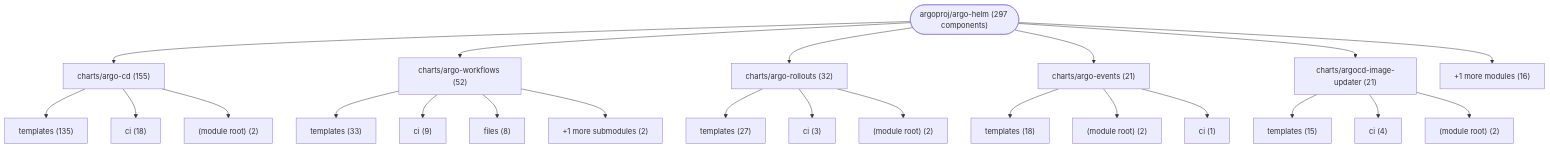
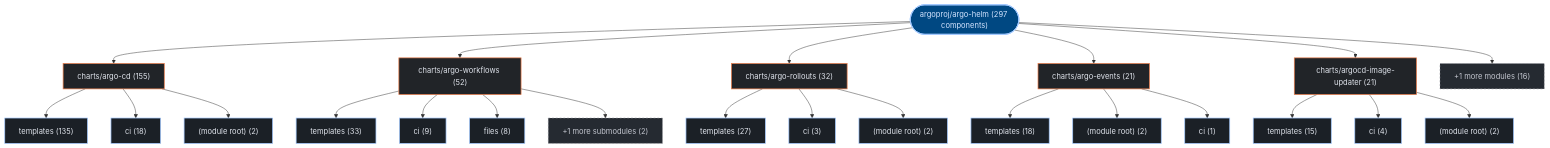
One commit to kumarshaz/atruss-code-atlas changed the first of 3 diagrams in exports/latest/reports/argoproj-argo-helm-report.md. Above: the diagram before and after it, drawn with Mermaid. The commit also changed other lines of this file and 331 other files, not shown here.

Commit message:
docs,ui,fix: update SDLC docs, reorder CI/CD DAG first, stylize Mermaid, and fix Arc42 pipeline topology

````diff
--- a/exports/latest/reports/argoproj-argo-helm-report.md
+++ b/exports/latest/reports/argoproj-argo-helm-report.md
@@ -41,48 +41,55 @@
 ```mermaid
 graph TD;
-    repo_root(["argoproj/argo-helm (297 components)"])
-    dir_0_charts_argo_cd["charts/argo-cd (155)"]
+  classDef atlasRoot fill:#004882,stroke:#a3c9ff,stroke-width:2px,color:#d3e4ff
+  classDef atlasCategory fill:#212428,stroke:#E87A48,stroke-width:1.5px,color:#dfe3eb
+  classDef atlasWorkflow fill:#1b2026,stroke:#a3c9ff,stroke-width:1.5px,color:#dfe3eb
+  classDef atlasJob fill:#171c22,stroke:#8d9199,stroke-width:1px,color:#dfe3eb
+  classDef atlasTarget fill:#005227,stroke:#8bd99b,stroke-width:1.5px,color:#a7f6b6
+  classDef atlasAlert fill:#93000a,stroke:#ffb4ab,stroke-width:1.5px,color:#ffdad6
+  classDef atlasMore fill:#252a31,stroke:#8d9199,stroke-dasharray:4 4,color:#c3c6cf
+    repo_root(["argoproj/argo-helm (297 components)"]):::atlasRoot
+    dir_0_charts_argo_cd["charts/argo-cd (155)"]:::atlasCategory
     repo_root --> dir_0_charts_argo_cd
-    sub_0_0_templates["templates (135)"]
+    sub_0_0_templates["templates (135)"]:::atlasWorkflow
     dir_0_charts_argo_cd --> sub_0_0_templates
-    sub_0_1_ci["ci (18)"]
+    sub_0_1_ci["ci (18)"]:::atlasWorkflow
     dir_0_charts_argo_cd --> sub_0_1_ci
-    sub_0_2__module_root_["(module root) (2)"]
+    sub_0_2__module_root_["(module root) (2)"]:::atlasWorkflow
     dir_0_charts_argo_cd --> sub_0_2__module_root_
-    dir_1_charts_argo_workflows["charts/argo-workflows (52)"]
+    dir_1_charts_argo_workflows["charts/argo-workflows (52)"]:::atlasCategory
     repo_root --> dir_1_charts_argo_workflows
-    sub_1_0_templates["templates (33)"]
+    sub_1_0_templates["templates (33)"]:::atlasWorkflow
     dir_1_charts_argo_workflows --> sub_1_0_templates
-    sub_1_1_ci["ci (9)"]
+    sub_1_1_ci["ci (9)"]:::atlasWorkflow
     dir_1_charts_argo_workflows --> sub_1_1_ci
-    sub_1_2_files["files (8)"]
+    sub_1_2_files["files (8)"]:::atlasWorkflow
     dir_1_charts_argo_workflows --> sub_1_2_files
-    sub_1_more["+1 more submodules (2)"]
+    sub_1_more["+1 more submodules (2)"]:::atlasMore
     dir_1_charts_argo_workflows --> sub_1_more
-    dir_2_charts_argo_rollouts["charts/argo-rollouts (32)"]
+    dir_2_charts_argo_rollouts["charts/argo-rollouts (32)"]:::atlasCategory
     repo_root --> dir_2_charts_argo_rollouts
-    sub_2_0_templates["templates (27)"]
+    sub_2_0_templates["templates (27)"]:::atlasWorkflow
     dir_2_charts_argo_rollouts --> sub_2_0_templates
-    sub_2_1_ci["ci (3)"]
+    sub_2_1_ci["ci (3)"]:::atlasWorkflow
     dir_2_charts_argo_rollouts --> sub_2_1_ci
-    sub_2_2__module_root_["(module root) (2)"]
+    sub_2_2__module_root_["(module root) (2)"]:::atlasWorkflow
     dir_2_charts_argo_rollouts --> sub_2_2__module_root_
-    dir_3_charts_argo_events["charts/argo-events (21)"]
+    dir_3_charts_argo_events["charts/argo-events (21)"]:::atlasCategory
     repo_root --> dir_3_charts_argo_events
-    sub_3_0_templates["templates (18)"]
+    sub_3_0_templates["templates (18)"]:::atlasWorkflow
     dir_3_charts_argo_events --> sub_3_0_templates
-    sub_3_1__module_root_["(module root) (2)"]
+    sub_3_1__module_root_["(module root) (2)"]:::atlasWorkflow
     dir_3_charts_argo_events --> sub_3_1__module_root_
-    sub_3_2_ci["ci (1)"]
+    sub_3_2_ci["ci (1)"]:::atlasWorkflow
     dir_3_charts_argo_events --> sub_3_2_ci
-    dir_4_charts_argocd_image_updater["charts/argocd-image-updater (21)"]
+    dir_4_charts_argocd_image_updater["charts/argocd-image-updater (21)"]:::atlasCategory
     repo_root --> dir_4_charts_argocd_image_updater
-    sub_4_0_templates["templates (15)"]
+    sub_4_0_templates["templates (15)"]:::atlasWorkflow
     dir_4_charts_argocd_image_updater --> sub_4_0_templates
-    sub_4_1_ci["ci (4)"]
+    sub_4_1_ci["ci (4)"]:::atlasWorkflow
     dir_4_charts_argocd_image_updater --> sub_4_1_ci
-    sub_4_2__module_root_["(module root) (2)"]
+    sub_4_2__module_root_["(module root) (2)"]:::atlasWorkflow
     dir_4_charts_argocd_image_updater --> sub_4_2__module_root_
-    dir_other_modules["+1 more modules (16)"]
+    dir_other_modules["+1 more modules (16)"]:::atlasMore
     repo_root --> dir_other_modules
 ```
````
